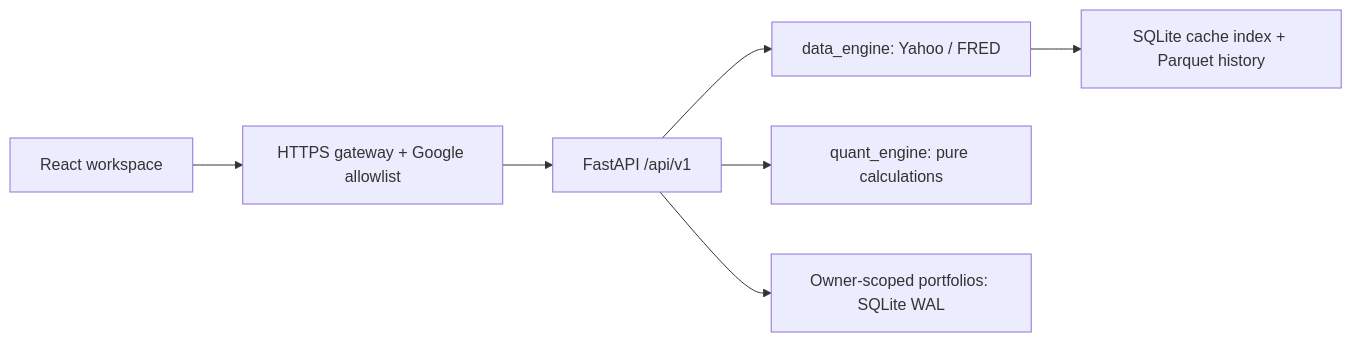
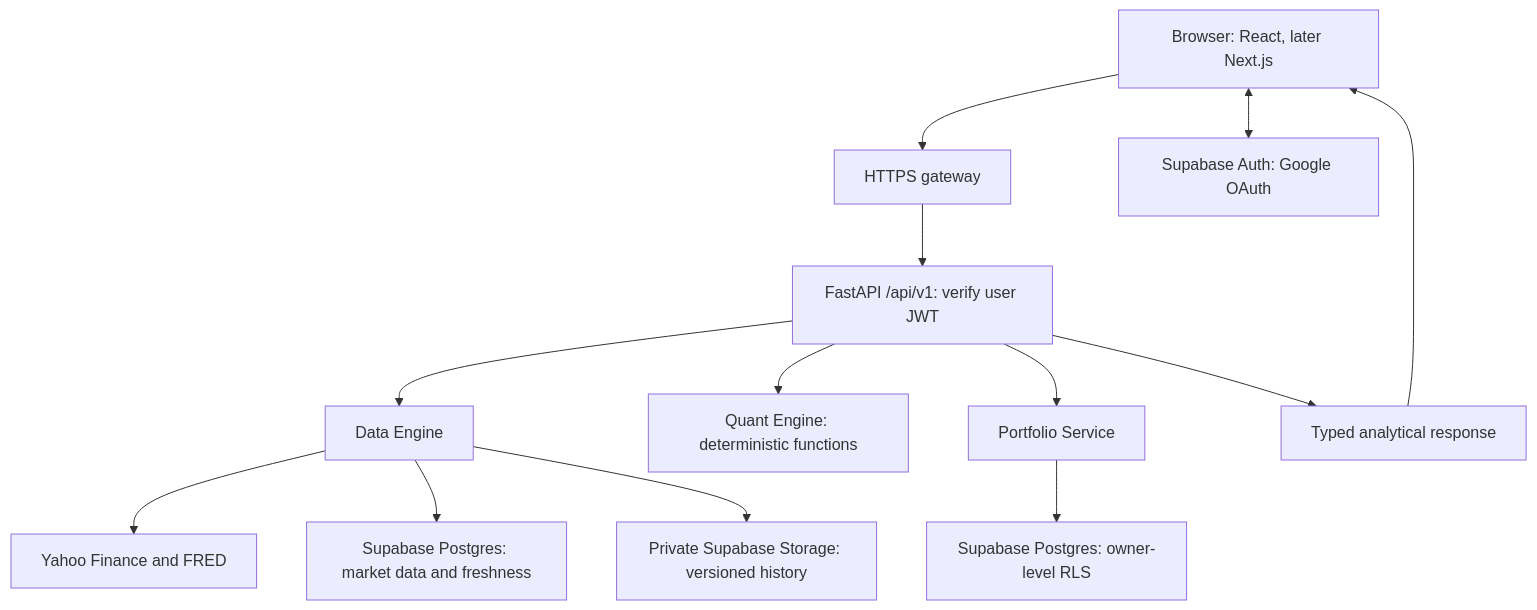
The diagram in README.md (X8xpandax8X/Quant_dashboard), drawn with Mermaid before and after one commit. The commit also changed other lines of this file, not shown here.

Commit message:
docs: align README with merged Supabase architecture plan

````diff
--- a/README.md
+++ b/README.md
@@ -29,9 +31,15 @@
 ```mermaid
-flowchart LR
-  Browser[React workspace] --> Gateway[HTTPS gateway + Google allowlist]
-  Gateway --> API[FastAPI /api/v1]
-  API --> Data[data_engine: Yahoo / FRED]
-  Data --> Cache[SQLite cache index + Parquet history]
-  API --> Quant[quant_engine: pure calculations]
-  API --> DB[Owner-scoped portfolios: SQLite WAL]
+flowchart TD
+  Browser[Browser: React, later Next.js] --> Gateway[HTTPS gateway]
+  Browser <--> Auth[Supabase Auth: Google OAuth]
+  Gateway --> API[FastAPI /api/v1: verify user JWT]
+  API --> Data[Data Engine]
+  API --> Quant[Quant Engine: deterministic functions]
+  API --> Portfolio[Portfolio Service]
+  Data --> Providers[Yahoo Finance and FRED]
+  Data --> Metadata[Supabase Postgres: market data and freshness]
+  Data --> History[Private Supabase Storage: versioned history]
+  Portfolio --> Owned[Supabase Postgres: owner-level RLS]
+  API --> Response[Typed analytical response]
+  Response --> Browser
 ```
````
